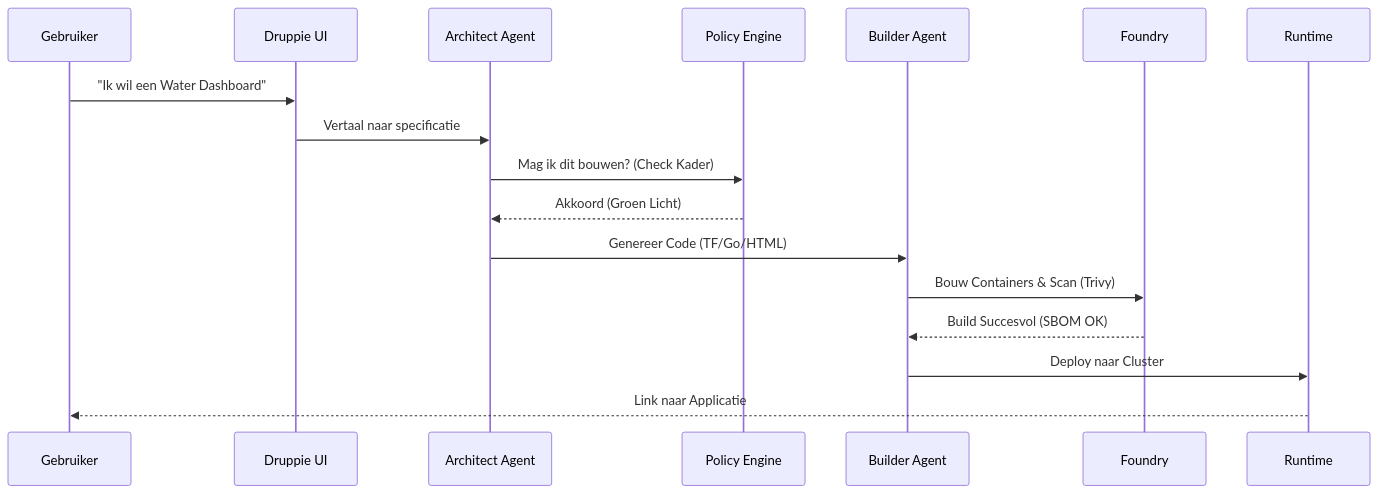
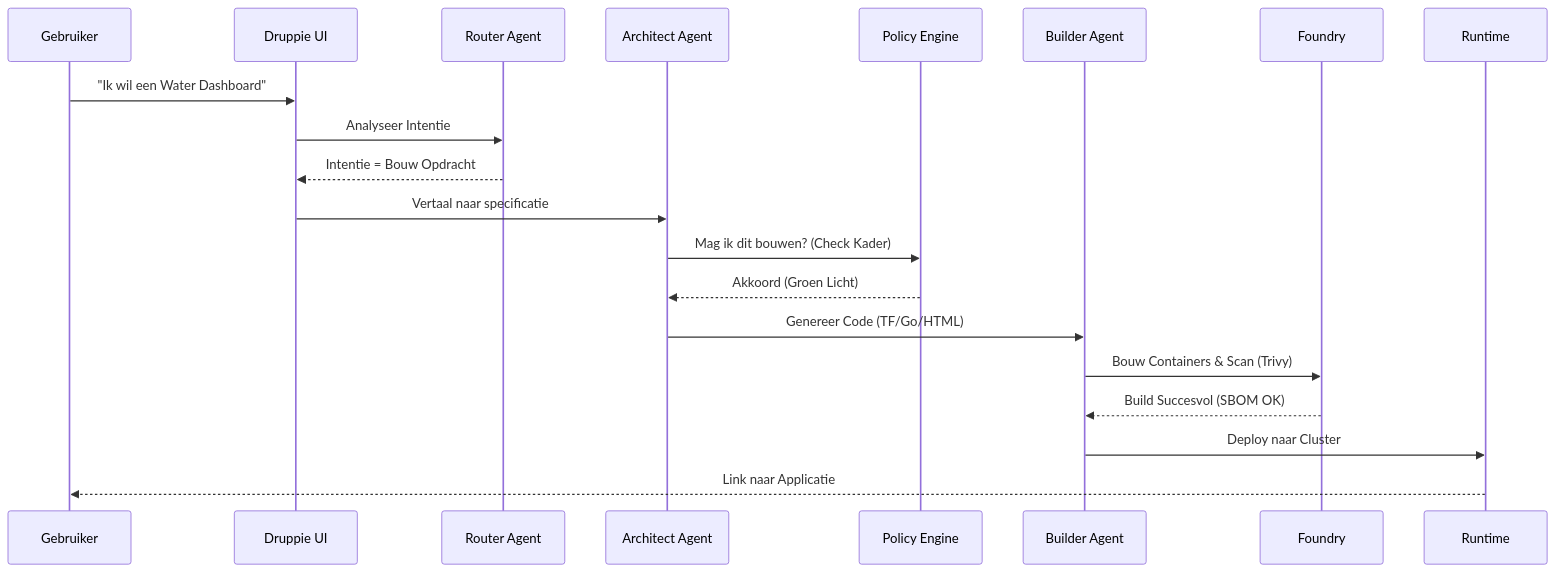
Before and after one commit to sjhoeksma/druppie: the first of 2 diagrams in story/project_brief.md, drawn with Mermaid. The commit also changed other lines of this file and 2 other files, not shown here.

````diff
--- a/story/project_brief.md
+++ b/story/project_brief.md
@@ -90,20 +94,23 @@
 ```mermaid
 sequenceDiagram
     participant User as Gebruiker
     participant UI as Druppie UI
+    participant Router as Router Agent
     participant Arch as Architect Agent
     participant Policy as Policy Engine
     participant Build as Builder Agent
     participant Foundry as Foundry
     participant Run as Runtime
 
     User->>UI: "Ik wil een Water Dashboard"
+    UI->>Router: Analyseer Intentie
+    Router-->>UI: Intentie = Bouw Opdracht
     UI->>Arch: Vertaal naar specificatie
     Arch->>Policy: Mag ik dit bouwen? (Check Kader)
     Policy-->>Arch: Akkoord (Groen Licht)
     Arch->>Build: Genereer Code (TF/Go/HTML)
     Build->>Foundry: Bouw Containers & Scan (Trivy)
     Foundry-->>Build: Build Succesvol (SBOM OK)
     Build->>Run: Deploy naar Cluster
     Run-->>User: Link naar Applicatie
 ```
````
